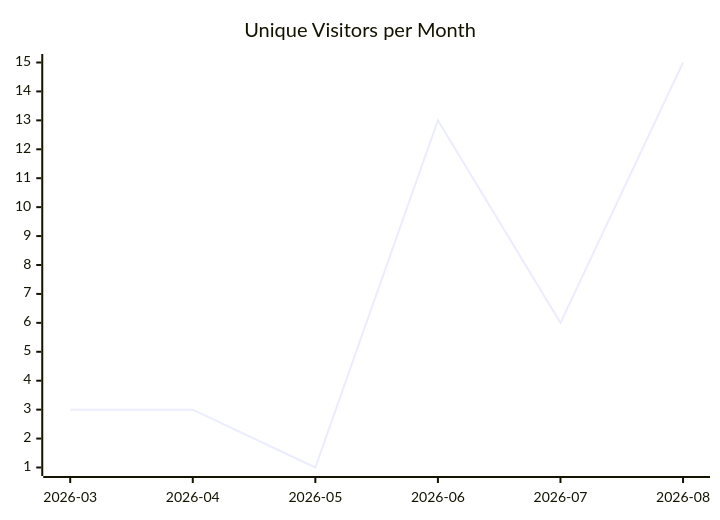
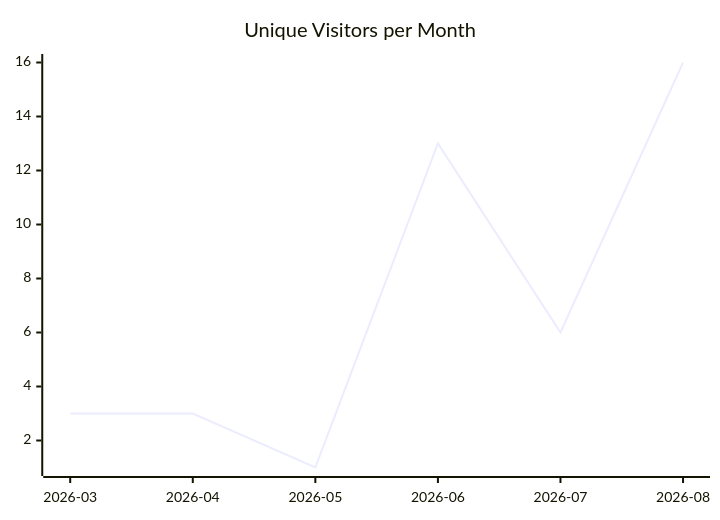
Before and after one commit to justdavis-family/github-analytics-data: the first of 3 diagrams in karlmdavis/rps-tourney/README.md, drawn with Mermaid. The commit also changed other lines of this file and 167 other files, not shown here.

````diff
--- a/karlmdavis/rps-tourney/README.md
+++ b/karlmdavis/rps-tourney/README.md
@@ -5,6 +5,6 @@
 ```mermaid
 xychart-beta
   title "Unique Visitors per Month"
   x-axis ["2026-03", "2026-04", "2026-05", "2026-06", "2026-07", "2026-08"]
-  line [3, 3, 1, 13, 6, 15]
+  line [3, 3, 1, 13, 6, 16]
 ```
````
